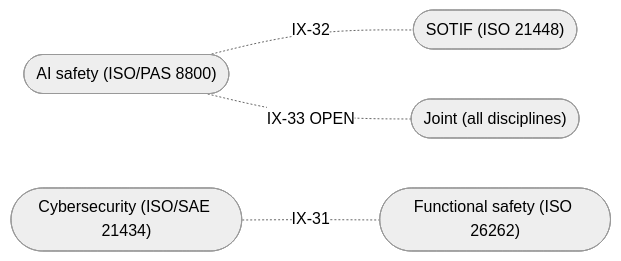
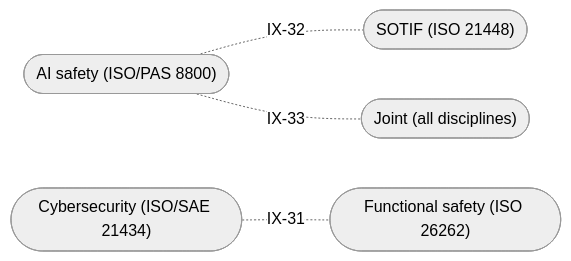
The second of 2 diagrams in assurance/process/maps/g0-governance.md (jherrodthomas/LionDriver), drawn with Mermaid (neutral theme) before and after one commit. The commit also changed other lines of this file and 18 other files, not shown here.

````diff
--- a/assurance/process/maps/g0-governance.md
+++ b/assurance/process/maps/g0-governance.md
@@ -95,11 +95,11 @@
 ```mermaid
 flowchart LR
   joint(["Joint (all disciplines)"])
   fusa(["Functional safety (ISO 26262)"])
   sotif(["SOTIF (ISO 21448)"])
   ai(["AI safety (ISO/PAS 8800)"])
   cs(["Cybersecurity (ISO/SAE 21434)"])
   cs -. "IX-31" .- fusa
   ai -. "IX-32" .- sotif
-  ai -. "IX-33 OPEN" .- joint
+  ai -. "IX-33" .- joint
 ```
````
